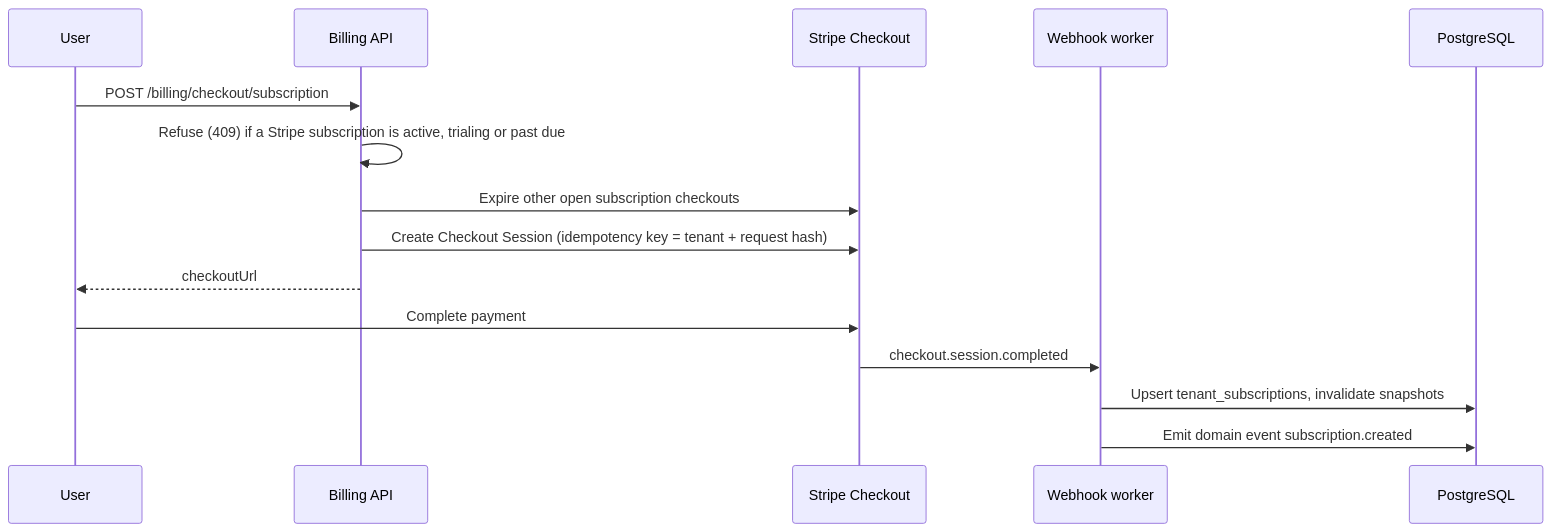
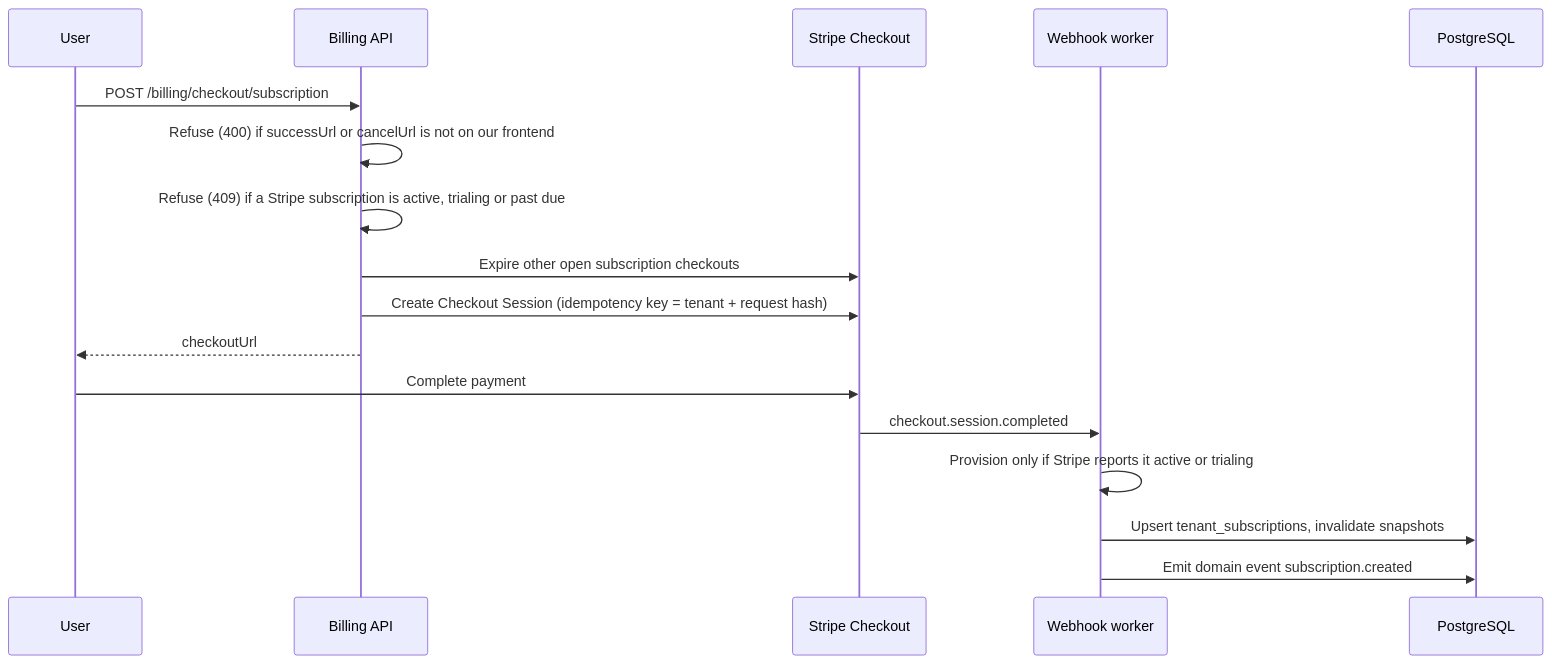
One commit to Yazan-Ali-01/complytude-backend changed the first of 3 diagrams in docs/BILLING.md. Above: the diagram before and after it, drawn with Mermaid. The commit also changed other lines of this file and 41 other files, not shown here.

````diff
--- a/docs/BILLING.md
+++ b/docs/BILLING.md
@@ -93,18 +93,20 @@
 ```mermaid
 sequenceDiagram
   participant U as User
   participant API as Billing API
   participant S as Stripe Checkout
   participant WH as Webhook worker
   participant DB as PostgreSQL
 
   U->>API: POST /billing/checkout/subscription
+  API->>API: Refuse (400) if successUrl or cancelUrl is not on our frontend
   API->>API: Refuse (409) if a Stripe subscription is active, trialing or past due
   API->>S: Expire other open subscription checkouts
   API->>S: Create Checkout Session (idempotency key = tenant + request hash)
   API-->>U: checkoutUrl
   U->>S: Complete payment
   S->>WH: checkout.session.completed
+  WH->>WH: Provision only if Stripe reports it active or trialing
   WH->>DB: Upsert tenant_subscriptions, invalidate snapshots
   WH->>DB: Emit domain event subscription.created
 ```
````
